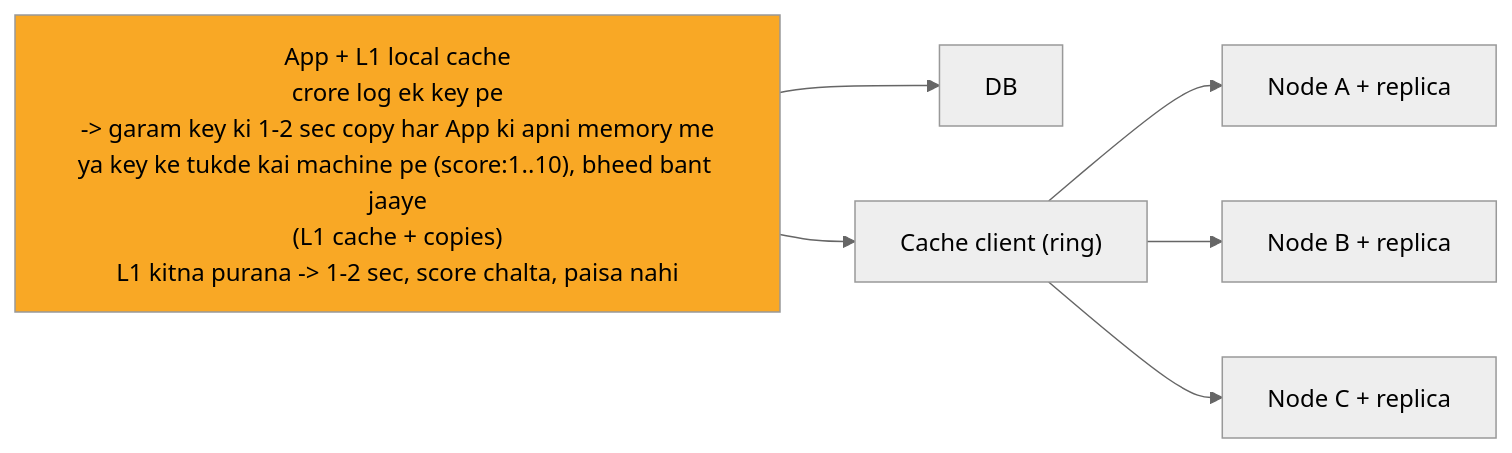
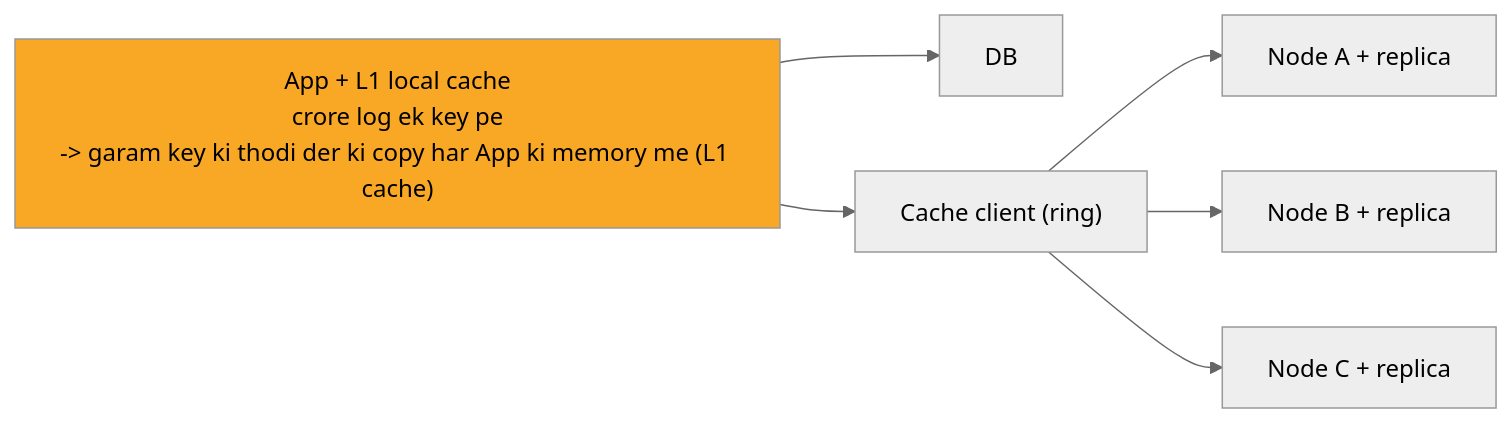
The diagram in 04_HLD/SYSTEM_DESIGNS/10_distributed_cache/img/c6.mmd (ArpanMaheshwari144/Prep), drawn with Mermaid (neutral theme) before and after one commit. The commit also changed 17 other files, not shown here.

```diff
--- a/04_HLD/SYSTEM_DESIGNS/10_distributed_cache/img/c6.mmd
+++ b/04_HLD/SYSTEM_DESIGNS/10_distributed_cache/img/c6.mmd
@@ -1,14 +1,14 @@
 %%{init: {"flowchart": {"wrappingWidth": 450}}}%%
 flowchart LR
-    n_App_L1_local_cache["App + L1 local cache<br/>crore log ek key pe<br/>-> garam key ki 1-2 sec copy har App ki apni memory me<br/>ya key ke tukde kai machine pe (score:1..10), bheed bant jaaye<br/>(L1 cache + copies)<br/>L1 kitna purana -> 1-2 sec, score chalta, paisa nahi"]
+    n_App_L1_local_cache["App + L1 local cache<br/>crore log ek key pe<br/>-> garam key ki thodi der ki copy har App ki memory me (L1 cache)"]
     n_DB["DB"]
     n_Cache_client["Cache client (ring)"]
     n_Node_A_replica["Node A + replica"]
     n_Node_B_replica["Node B + replica"]
     n_Node_C_replica["Node C + replica"]
     n_App_L1_local_cache --> n_DB
     n_App_L1_local_cache --> n_Cache_client
     n_Cache_client --> n_Node_A_replica
     n_Cache_client --> n_Node_B_replica
     n_Cache_client --> n_Node_C_replica
     style n_App_L1_local_cache fill:#f9a825,color:#000
```
